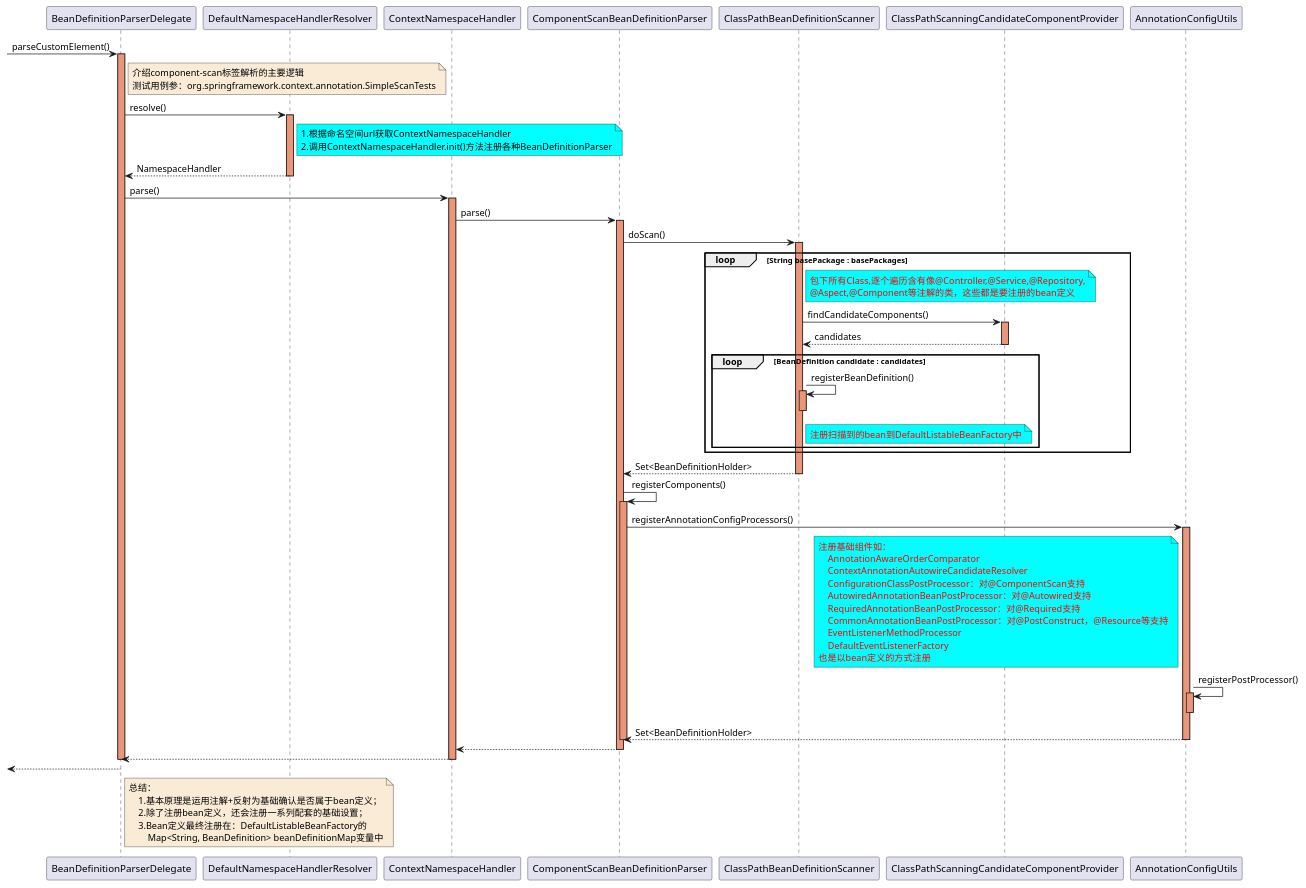
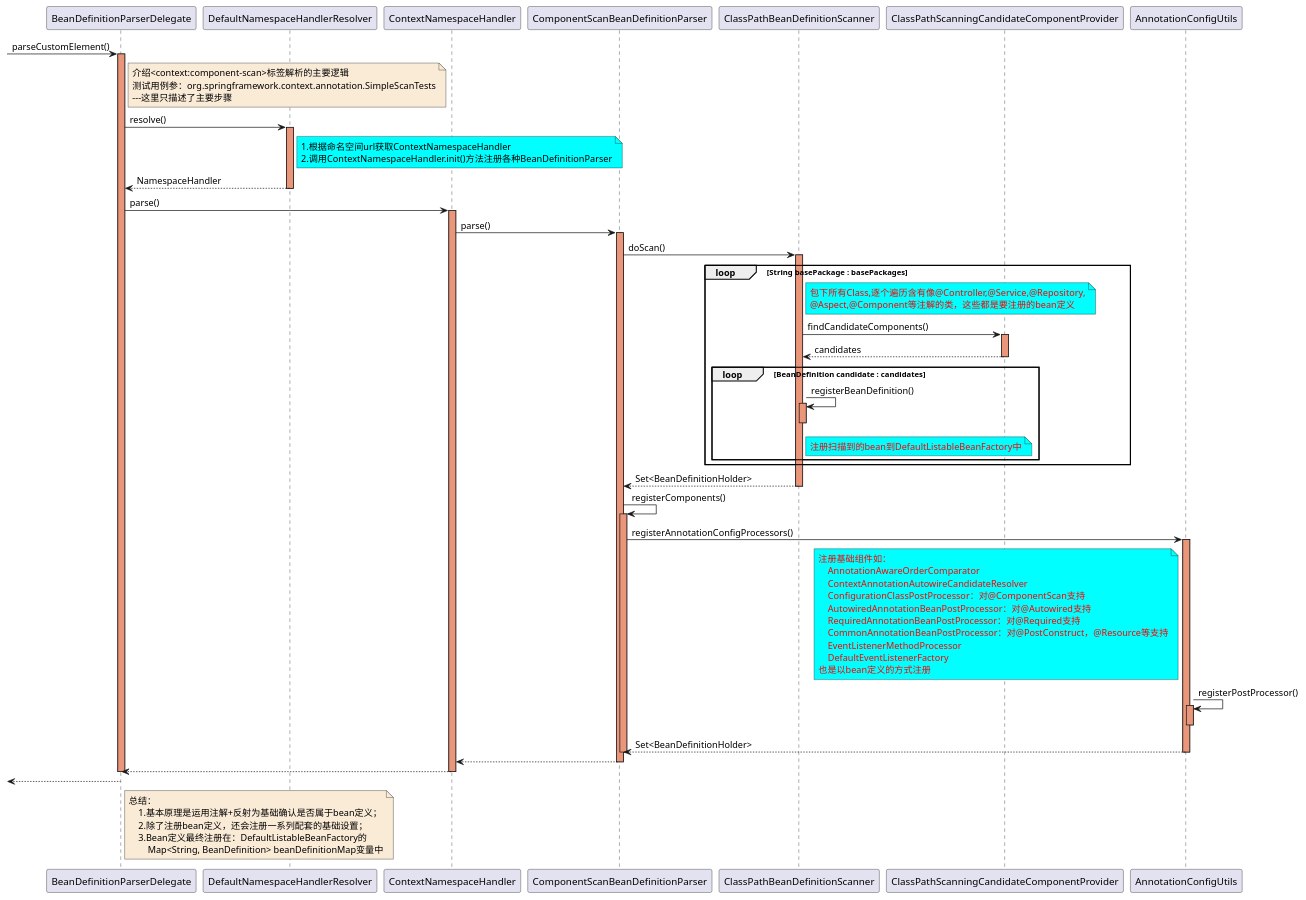
Before and after one commit to czwer/learn-spring-code: the diagram in document/spring/base/sequence/BeanDefinition-Load-0-ByXml-2-BeanDefinitionParserDelegate_parseCustomElement-sequence.puml, drawn with PlantUML. The commit also changed 14 other files, not shown here.

```diff
--- a/document/spring/base/sequence/BeanDefinition-Load-0-ByXml-2-BeanDefinitionParserDelegate_parseCustomElement-sequence.puml
+++ b/document/spring/base/sequence/BeanDefinition-Load-0-ByXml-2-BeanDefinitionParserDelegate_parseCustomElement-sequence.puml
@@ -1,90 +1,91 @@
 @startuml
 
 -> BeanDefinitionParserDelegate : parseCustomElement()
 activate BeanDefinitionParserDelegate #DarkSalmon
 
     note right of BeanDefinitionParserDelegate #FAEBD7
-        介绍component-scan标签解析的主要逻辑
+        介绍<context:component-scan>标签解析的主要逻辑
         测试用例参：org.springframework.context.annotation.SimpleScanTests
+        ---这里只描述了主要步骤
     end note
 
     BeanDefinitionParserDelegate -> DefaultNamespaceHandlerResolver : resolve()
     activate DefaultNamespaceHandlerResolver #DarkSalmon
 
         note right of DefaultNamespaceHandlerResolver #aqua
             1.根据命名空间url获取ContextNamespaceHandler
             2.调用ContextNamespaceHandler.init()方法注册各种BeanDefinitionParser
         end note
 
     DefaultNamespaceHandlerResolver --> BeanDefinitionParserDelegate : NamespaceHandler
     deactivate DefaultNamespaceHandlerResolver
 
 
     BeanDefinitionParserDelegate -> ContextNamespaceHandler:parse()
     activate ContextNamespaceHandler #DarkSalmon
         ContextNamespaceHandler -> ComponentScanBeanDefinitionParser: parse()
         activate ComponentScanBeanDefinitionParser #DarkSalmon
 
             ComponentScanBeanDefinitionParser -> ClassPathBeanDefinitionScanner:doScan()
             activate ClassPathBeanDefinitionScanner #DarkSalmon
                 loop String basePackage : basePackages
                     note right of ClassPathBeanDefinitionScanner #aqua
                         <font color=red>包下所有Class,逐个遍历含有像@Controller,@Service,@Repository,</font>
                         <font color=red>@Aspect,@Component等注解的类，这些都是要注册的bean定义</font>
                     end note
                     ClassPathBeanDefinitionScanner -> ClassPathScanningCandidateComponentProvider:findCandidateComponents()
                     activate ClassPathScanningCandidateComponentProvider #DarkSalmon
                     ClassPathScanningCandidateComponentProvider --> ClassPathBeanDefinitionScanner : candidates
                     deactivate ClassPathScanningCandidateComponentProvider
                     loop BeanDefinition candidate : candidates
                         ClassPathBeanDefinitionScanner -> ClassPathBeanDefinitionScanner:registerBeanDefinition()
                         activate ClassPathBeanDefinitionScanner #DarkSalmon
                             note right of ClassPathBeanDefinitionScanner #aqua
                                 <font color=red>注册扫描到的bean到DefaultListableBeanFactory中</font>
                             end note
                         deactivate ClassPathBeanDefinitionScanner
                     end
                 end
             ClassPathBeanDefinitionScanner --> ComponentScanBeanDefinitionParser:Set<BeanDefinitionHolder>
             deactivate ClassPathBeanDefinitionScanner
 
             ComponentScanBeanDefinitionParser->ComponentScanBeanDefinitionParser:registerComponents()
             activate ComponentScanBeanDefinitionParser #DarkSalmon
                 ComponentScanBeanDefinitionParser ->AnnotationConfigUtils : registerAnnotationConfigProcessors()
                 activate AnnotationConfigUtils #DarkSalmon
                     note left of AnnotationConfigUtils #aqua
                         <font color=red>注册基础组件如：</font>
                         <font color=red>    AnnotationAwareOrderComparator</font>
                         <font color=red>    ContextAnnotationAutowireCandidateResolver</font>
                         <font color=red>    ConfigurationClassPostProcessor：对@ComponentScan支持</font>
                         <font color=red>    AutowiredAnnotationBeanPostProcessor：对@Autowired支持</font>
                         <font color=red>    RequiredAnnotationBeanPostProcessor：对@Required支持</font>
                         <font color=red>    CommonAnnotationBeanPostProcessor：对@PostConstruct，@Resource等支持</font>
                         <font color=red>    EventListenerMethodProcessor</font>
                         <font color=red>    DefaultEventListenerFactory</font>
                         <font color=red>也是以bean定义的方式注册</font>
                     end note
                     AnnotationConfigUtils ->AnnotationConfigUtils:registerPostProcessor()
                     activate AnnotationConfigUtils #DarkSalmon
                     deactivate AnnotationConfigUtils
                 AnnotationConfigUtils --> ComponentScanBeanDefinitionParser : Set<BeanDefinitionHolder>
                 deactivate AnnotationConfigUtils
             deactivate ComponentScanBeanDefinitionParser
 
         ComponentScanBeanDefinitionParser --> ContextNamespaceHandler
         deactivate ComponentScanBeanDefinitionParser
     ContextNamespaceHandler --> BeanDefinitionParserDelegate
     deactivate ContextNamespaceHandler
 
 deactivate BeanDefinitionParserDelegate
 
 <--BeanDefinitionParserDelegate
 note right of BeanDefinitionParserDelegate #FAEBD7
     总结：
         1.基本原理是运用注解+反射为基础确认是否属于bean定义；
         2.除了注册bean定义，还会注册一系列配套的基础设置；
         3.Bean定义最终注册在：DefaultListableBeanFactory的
             Map<String, BeanDefinition> beanDefinitionMap变量中
 end note
 
 @enduml
```
